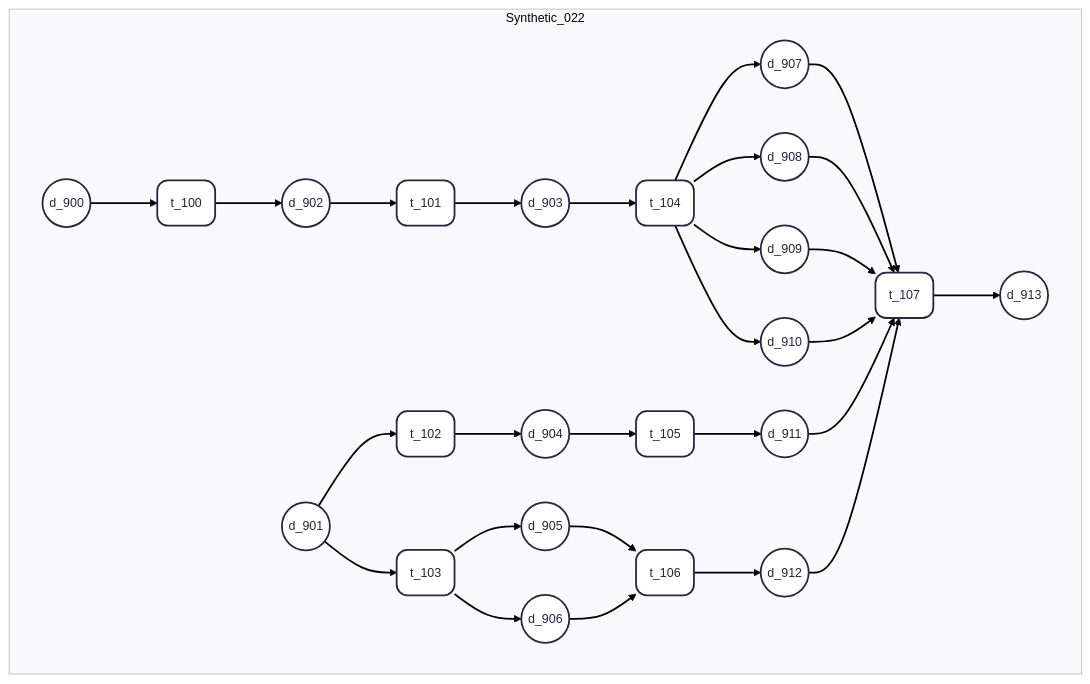
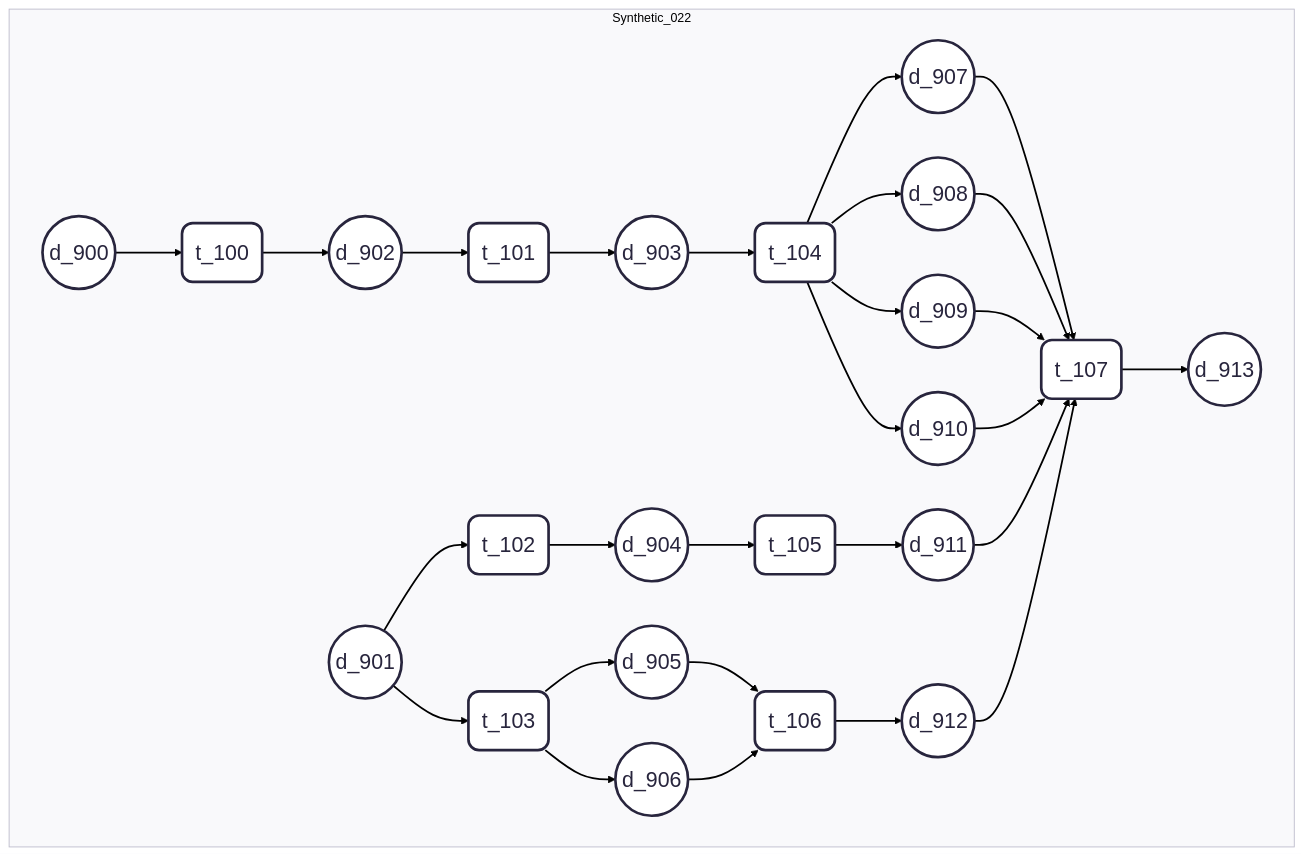
One commit to marcellowmr/instance-gen changed the diagram in data/mermaid/Synthetic_022.mermaid. Above: the diagram before and after it, drawn with Mermaid. The commit also changed 18 other files, not shown here.

Commit message:
Arquivos mermaid

```diff
--- a/data/mermaid/Synthetic_022.mermaid
+++ b/data/mermaid/Synthetic_022.mermaid
@@ -1,54 +1,56 @@
 ---
 config:
   layout: dagre
   theme: redux
   look: classic
 ---
 %% PATTERN: Independent Branches | Map, Split, Merge
 flowchart LR
- subgraph Synthetic_22["Synthetic_022"]
-    direction LR
-        S22_d0(("d_900"))
-        S22_d1(("d_901"))
-        S22_d2(("d_902"))
-        S22_d3(("d_903"))
-        S22_d4(("d_904"))
-        S22_d5(("d_905"))
-        S22_d6(("d_906"))
-        S22_d7(("d_907"))
-        S22_d8(("d_908"))
-        S22_d9(("d_909"))
-        S22_d10(("d_910"))
-        S22_d11(("d_911"))
-        S22_d12(("d_912"))
-        S22_d13(("d_913"))
-        S22_t0("t_100")
-        S22_t1("t_101")
-        S22_t2("t_102")
-        S22_t3("t_103")
-        S22_t4("t_104")
-        S22_t5("t_105")
-        S22_t6("t_106")
-        S22_t7("t_107")
-  end
+    classDef default font-size:24px, stroke-width:3px;
+    linkStyle default stroke-width:2px;
+    subgraph Synthetic_22["Synthetic_022"]
+        direction LR
+            S22_d0(("d_900"))
+            S22_d1(("d_901"))
+            S22_d2(("d_902"))
+            S22_d3(("d_903"))
+            S22_d4(("d_904"))
+            S22_d5(("d_905"))
+            S22_d6(("d_906"))
+            S22_d7(("d_907"))
+            S22_d8(("d_908"))
+            S22_d9(("d_909"))
+            S22_d10(("d_910"))
+            S22_d11(("d_911"))
+            S22_d12(("d_912"))
+            S22_d13(("d_913"))
+            S22_t0("t_100")
+            S22_t1("t_101")
+            S22_t2("t_102")
+            S22_t3("t_103")
+            S22_t4("t_104")
+            S22_t5("t_105")
+            S22_t6("t_106")
+            S22_t7("t_107")
+    end
     S22_d0 --> S22_t0
     S22_d1 --> S22_t2 & S22_t3
     S22_d2 --> S22_t1
     S22_d3 --> S22_t4
     S22_d4 --> S22_t5
     S22_d5 --> S22_t6
     S22_d6 --> S22_t6
     S22_d7 --> S22_t7
     S22_d8 --> S22_t7
     S22_d9 --> S22_t7
     S22_d10 --> S22_t7
     S22_d11 --> S22_t7
     S22_d12 --> S22_t7
     S22_t0 --> S22_d2
     S22_t1 --> S22_d3
     S22_t2 --> S22_d4
     S22_t3 --> S22_d5 & S22_d6
     S22_t4 --> S22_d7 & S22_d8 & S22_d9 & S22_d10
     S22_t5 --> S22_d11
     S22_t6 --> S22_d12
     S22_t7 --> S22_d13
```
